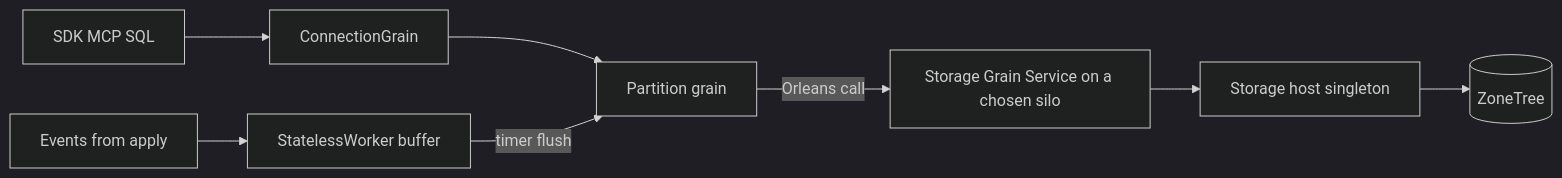
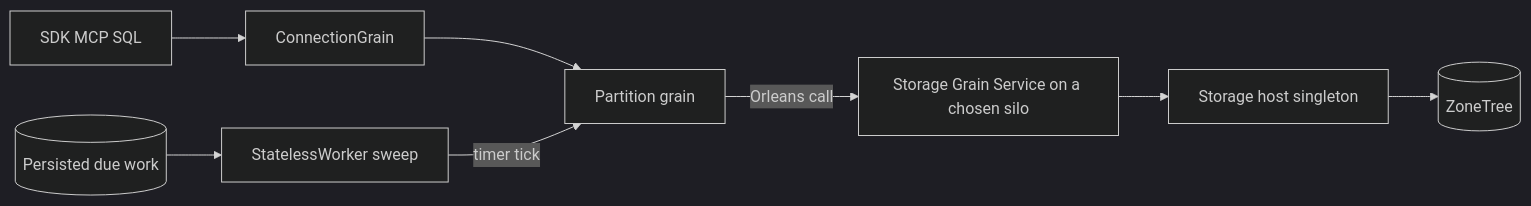
Before and after one commit to managedcode/KeyLoad: the diagram in docs/Features/OrleansExecution/ExecutionPrimitives.md, drawn with Mermaid (dark theme). The commit also changed other lines of this file and 12 other files, not shown here.

````diff
--- a/docs/Features/OrleansExecution/ExecutionPrimitives.md
+++ b/docs/Features/OrleansExecution/ExecutionPrimitives.md
@@ -21,10 +21,10 @@
 ```mermaid
 flowchart LR
     Api[SDK MCP SQL] --> Conn[ConnectionGrain]
     Conn --> Part[Partition grain]
     Part -->|Orleans call| Svc[Storage Grain Service on a chosen silo]
     Svc --> Host[Storage host singleton]
     Host --> Zt[(ZoneTree)]
-    Ev[Events from apply] --> Wk[StatelessWorker buffer]
-    Wk -->|timer flush| Part
+    Records[(Persisted due work)] --> Wk[StatelessWorker sweep]
+    Wk -->|timer tick| Part
 ```
````
